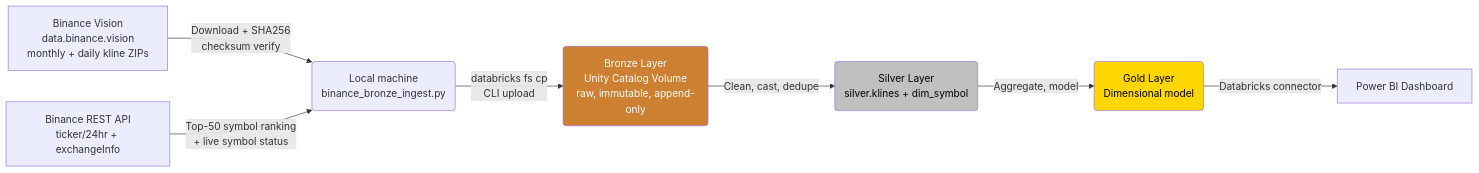
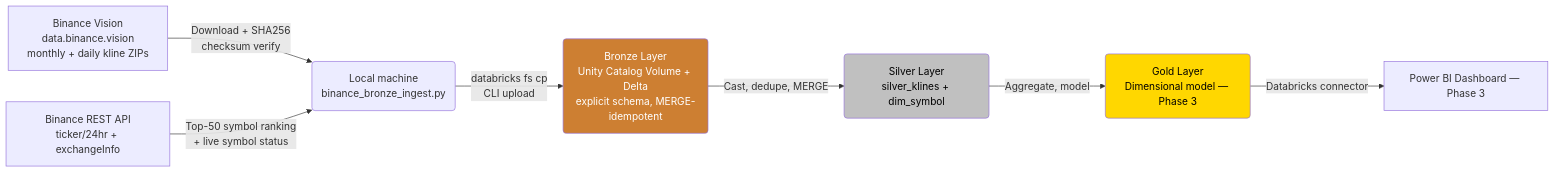
Before and after one commit to x-abdullah-saeed-x/CryptoLens: the diagram in README.md, drawn with Mermaid. The commit also changed other lines of this file, not shown here.

Commit message:
Updated Phase2 readme

````diff
--- a/README.md
+++ b/README.md
@@ -31,13 +31,13 @@
 ```mermaid
 flowchart LR
     A[Binance Vision<br/>data.binance.vision<br/>monthly + daily kline ZIPs] -->|Download + SHA256<br/>checksum verify| L(Local machine<br/>binance_bronze_ingest.py)
     X[Binance REST API<br/>ticker/24hr + exchangeInfo] -->|Top-50 symbol ranking<br/>+ live symbol status| L
-    L -->|databricks fs cp<br/>CLI upload| B(Bronze Layer<br/>Unity Catalog Volume<br/>raw, immutable, append-only)
-    B -->|Clean, cast, dedupe| C(Silver Layer<br/>silver.klines + dim_symbol)
-    C -->|Aggregate, model| D(Gold Layer<br/>Dimensional model)
-    D -->|Databricks connector| E[Power BI Dashboard]
+    L -->|databricks fs cp<br/>CLI upload| B(Bronze Layer<br/>Unity Catalog Volume + Delta<br/>explicit schema, MERGE-idempotent)
+    B -->|Cast, dedupe, MERGE| C(Silver Layer<br/>silver_klines + dim_symbol)
+    C -->|Aggregate, model| D(Gold Layer<br/>Dimensional model — Phase 3)
+    D -->|Databricks connector| E[Power BI Dashboard — Phase 3]
 
     style B fill:#cd7f32,color:#fff
     style C fill:#c0c0c0,color:#000
     style D fill:#ffd700,color:#000
 ```
````
